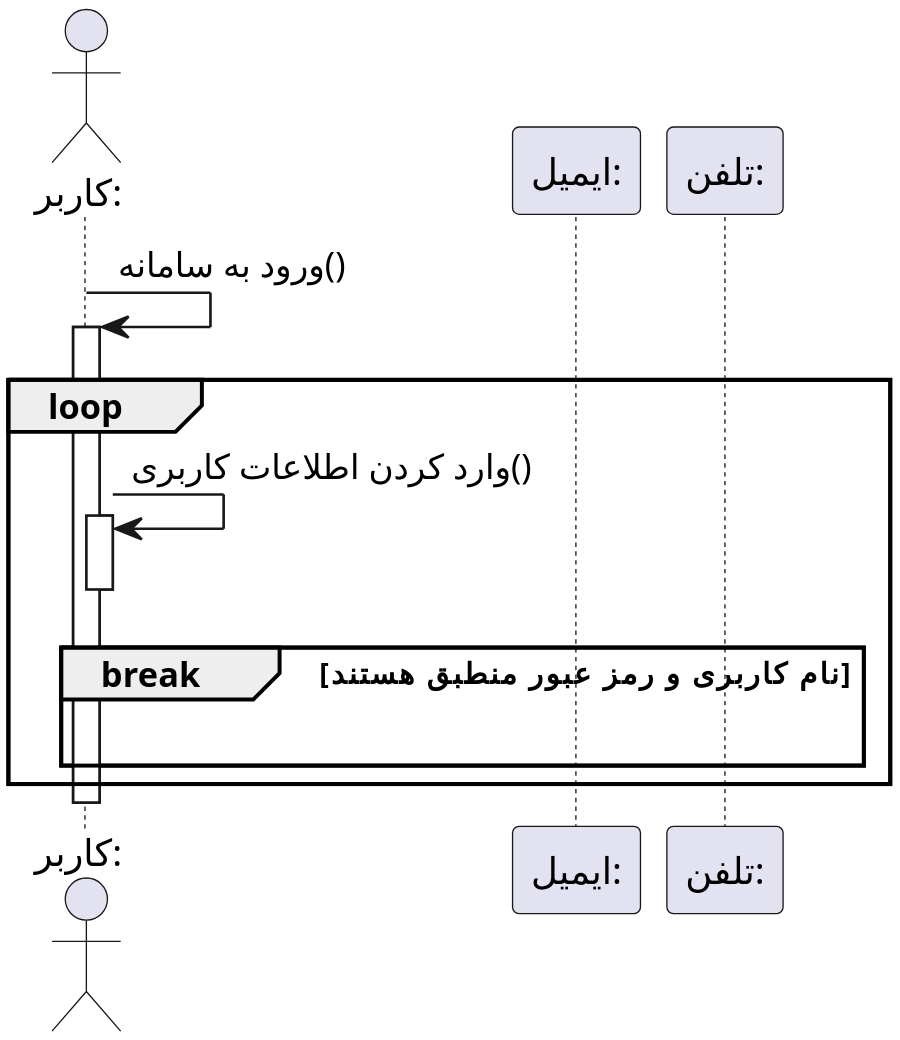
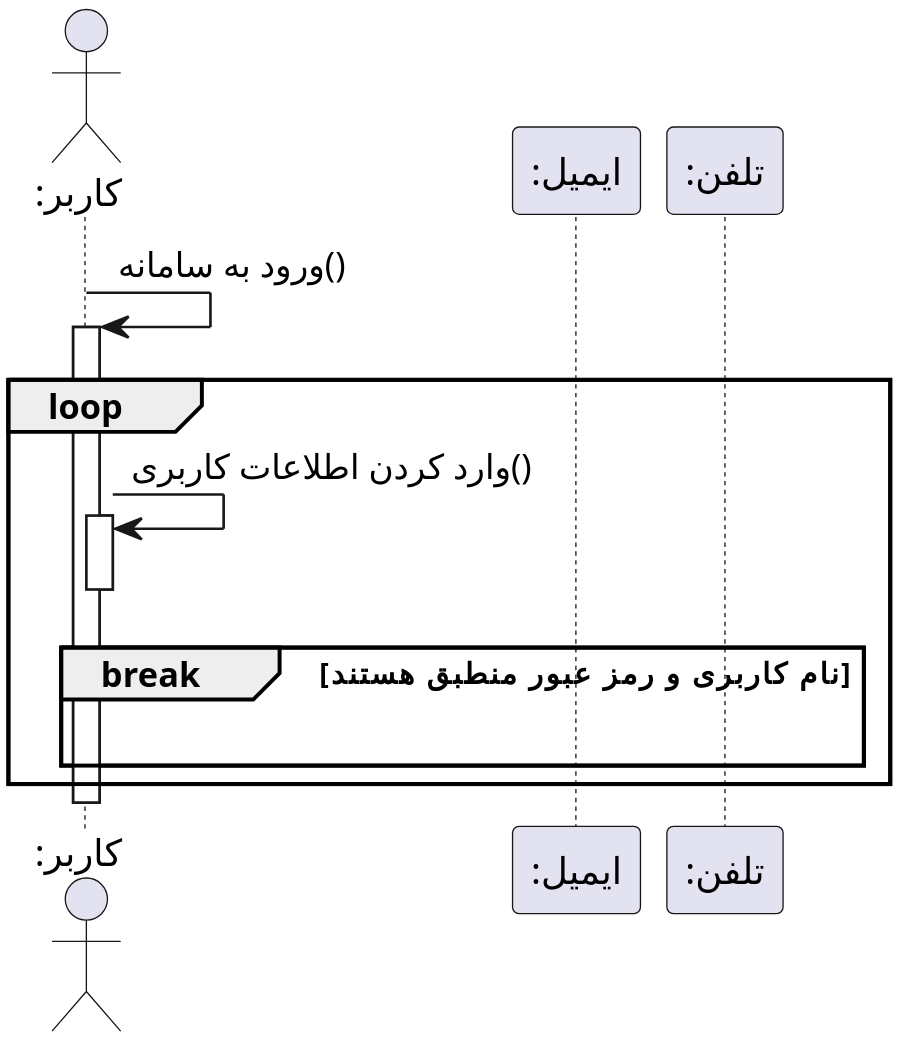
The diagram in Diagrams/Sequence/Login.puml (soleyman79/Qasedak), drawn with PlantUML before and after one commit. The commit also changed 6 other files, not shown here.

```diff
--- a/Diagrams/Sequence/Login.puml
+++ b/Diagrams/Sequence/Login.puml
@@ -1,28 +1,28 @@
 @startuml login
 
 
 scale 3
 skinparam DefaultFontName Vazir
 skinparam DefaultTextAlignment center
 
  
-actor "کاربر:" as user
-participant "ایمیل:" as email
-participant "تلفن:" as phone
+actor ":کاربر" as user
+participant ":ایمیل" as email
+participant ":تلفن" as phone
 
 user -> user : ورود به سامانه()
 activate user
 
 loop
     user -> user: وارد کردن اطلاعات کاربری()
     activate user
     deactivate user
 
     break نام کاربری و رمز عبور منطبق هستند
         |||
     end
 end
 
 deactivate user
 
 @enduml
```
